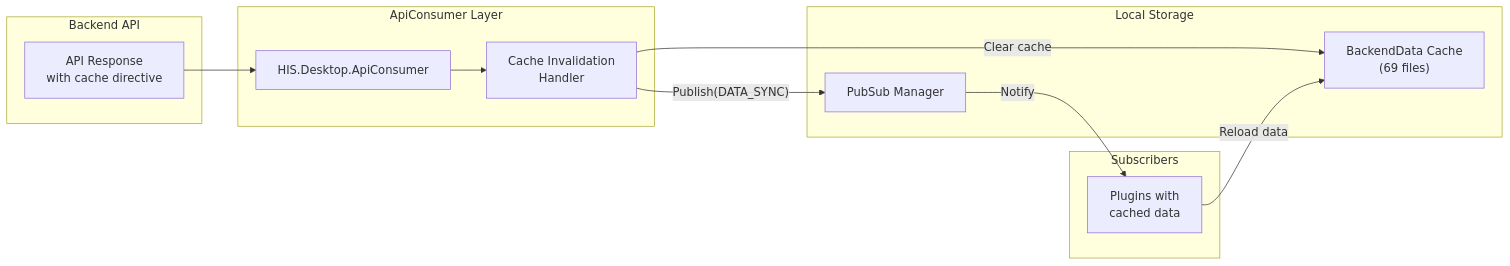
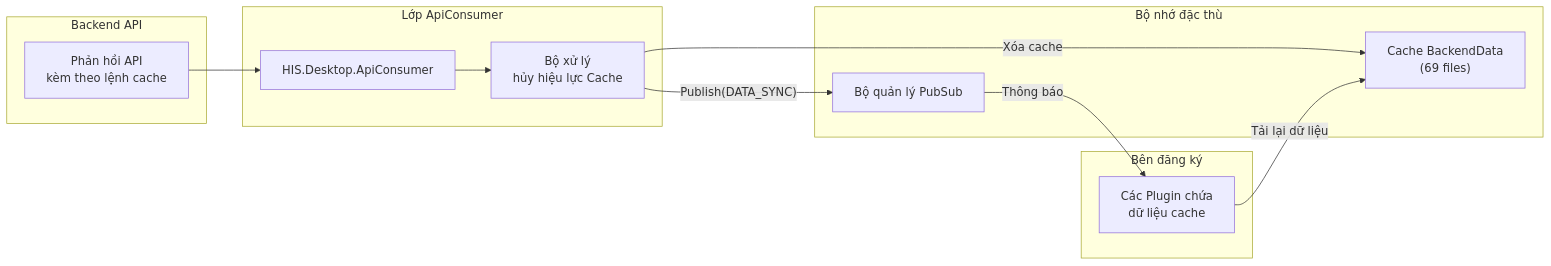
One commit to thangpnb/HIS changed the eighth of 32 diagrams in docs/his-ba-documentation/04-integrations/notifications-events.md. Above: the diagram before and after it, drawn with Mermaid. The commit also changed other lines of this file and 30 other files, not shown here.

Commit message:
Refactor architecture docs and update translations

````diff
--- a/docs/his-ba-documentation/04-integrations/notifications-events.md
+++ b/docs/his-ba-documentation/04-integrations/notifications-events.md
@@ -481,27 +481,27 @@
 ```mermaid
 graph LR
     subgraph "Backend API"
-        APIResponse["API Response<br/>with cache directive"]
+        APIResponse["Phản hồi API<br/>kèm theo lệnh cache"]
     end
     
-    subgraph "ApiConsumer Layer"
+    subgraph "Lớp ApiConsumer"
         ApiClient["HIS.Desktop.ApiConsumer"]
-        CacheInvalidator["Cache Invalidation<br/>Handler"]
+        CacheInvalidator["Bộ xử lý<br/>hủy hiệu lực Cache"]
     end
     
-    subgraph "Local Storage"
-        BackendData["BackendData Cache<br/>(69 files)"]
-        PubSub["PubSub Manager"]
+    subgraph "Bộ nhớ đặc thù"
+        BackendData["Cache BackendData<br/>(69 files)"]
+        PubSub["Bộ quản lý PubSub"]
     end
     
-    subgraph "Subscribers"
-        Plugins["Plugins with<br/>cached data"]
+    subgraph "Bên đăng ký"
+        Plugins["Các Plugin chứa<br/>dữ liệu cache"]
     end
     
     APIResponse --> ApiClient
     ApiClient --> CacheInvalidator
-    CacheInvalidator -->|"Clear cache"| BackendData
+    CacheInvalidator -->|"Xóa cache"| BackendData
     CacheInvalidator -->|"Publish(DATA_SYNC)"| PubSub
-    PubSub -->|"Notify"| Plugins
-    Plugins -->|"Reload data"| BackendData
+    PubSub -->|"Thông báo"| Plugins
+    Plugins -->|"Tải lại dữ liệu"| BackendData
 ```
````
